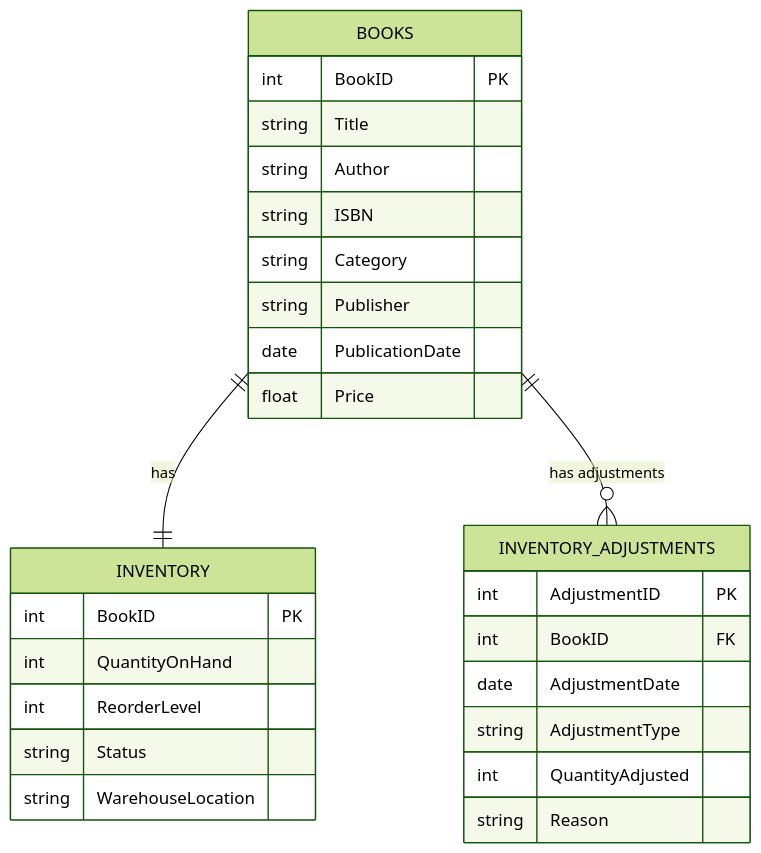
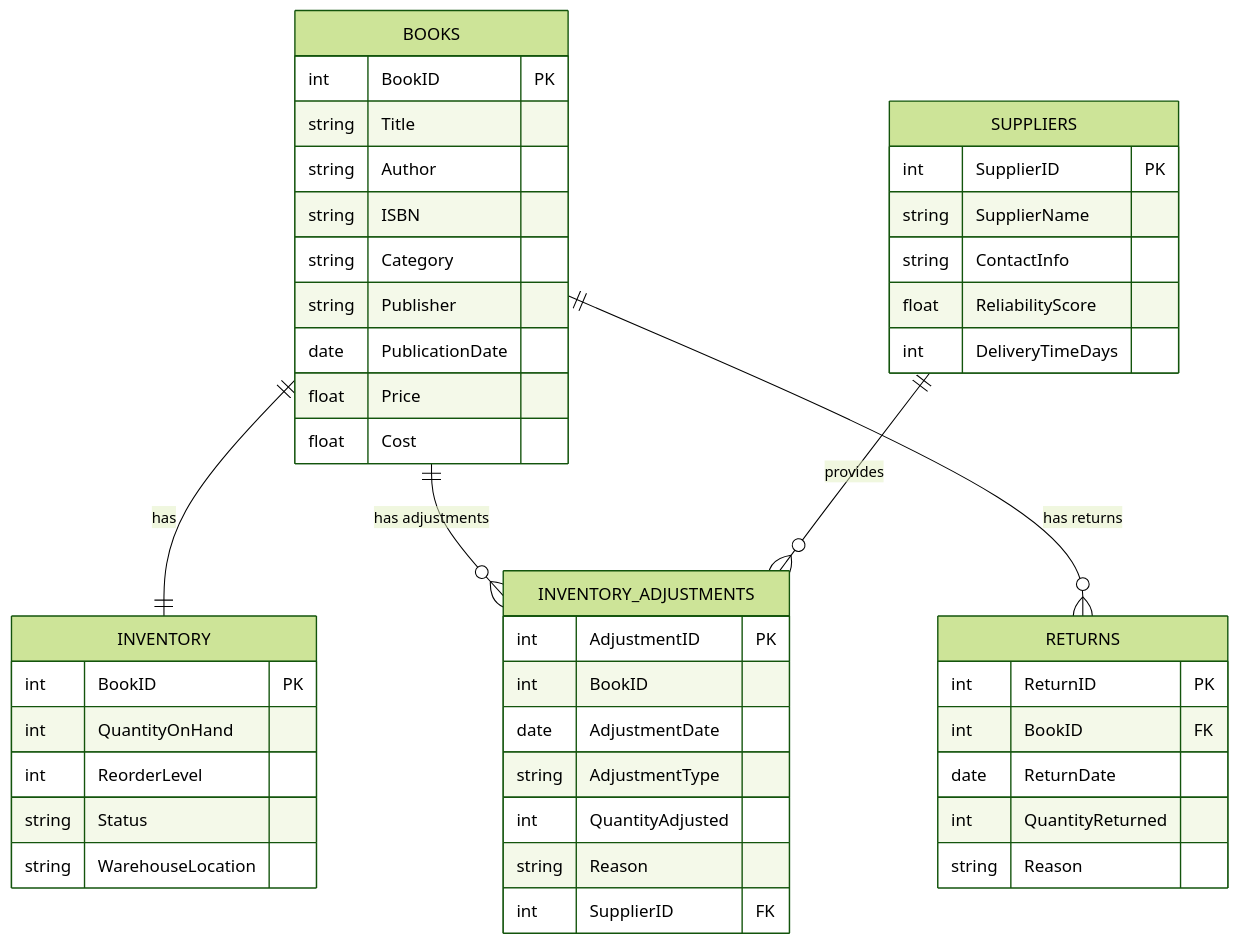
The diagram in toy_example/01 Description.md (gloriouskilka/autogen.research), drawn with Mermaid (forest theme) before and after one commit. The commit also changed other lines of this file, not shown here.

````diff
--- a/toy_example/01 Description.md
+++ b/toy_example/01 Description.md
@@ -14,31 +22,53 @@
 ```mermaid
 erDiagram
-    BOOKS ||--|| INVENTORY : "has" BOOKS ||--o{ INVENTORY_ADJUSTMENTS : "has adjustments"
-BOOKS {
-    int BookID PK
-    string Title
-    string Author
-    string ISBN
-    string Category
-    string Publisher
-    date PublicationDate
-    float Price
-}
+    BOOKS ||--|| INVENTORY : "has"
+    BOOKS ||--o{ INVENTORY_ADJUSTMENTS : "has adjustments"
+    SUPPLIERS ||--o{ INVENTORY_ADJUSTMENTS : "provides"
+    BOOKS ||--o{ RETURNS : "has returns"
 
-INVENTORY {
-    int BookID PK
-    int QuantityOnHand
-    int ReorderLevel
-    string Status
-    string WarehouseLocation
-}
+    BOOKS {
+        int BookID PK
+        string Title
+        string Author
+        string ISBN
+        string Category
+        string Publisher
+        date PublicationDate
+        float Price
+        float Cost
+    }
 
-INVENTORY_ADJUSTMENTS {
-    int AdjustmentID PK
-    int BookID FK
-    date AdjustmentDate
-    string AdjustmentType
-    int QuantityAdjusted
-    string Reason
-}
+    INVENTORY {
+        int BookID PK
+        int QuantityOnHand
+        int ReorderLevel
+        string Status
+        string WarehouseLocation
+    }
+
+    INVENTORY_ADJUSTMENTS {
+        int AdjustmentID PK
+        int BookID
+        date AdjustmentDate
+        string AdjustmentType
+        int QuantityAdjusted
+        string Reason
+        int SupplierID FK
+    }
+
+    SUPPLIERS {
+        int SupplierID PK
+        string SupplierName
+        string ContactInfo
+        float ReliabilityScore
+        int DeliveryTimeDays
+    }
+
+    RETURNS {
+        int ReturnID PK
+        int BookID FK
+        date ReturnDate
+        int QuantityReturned
+        string Reason
+    }
 ```
````
